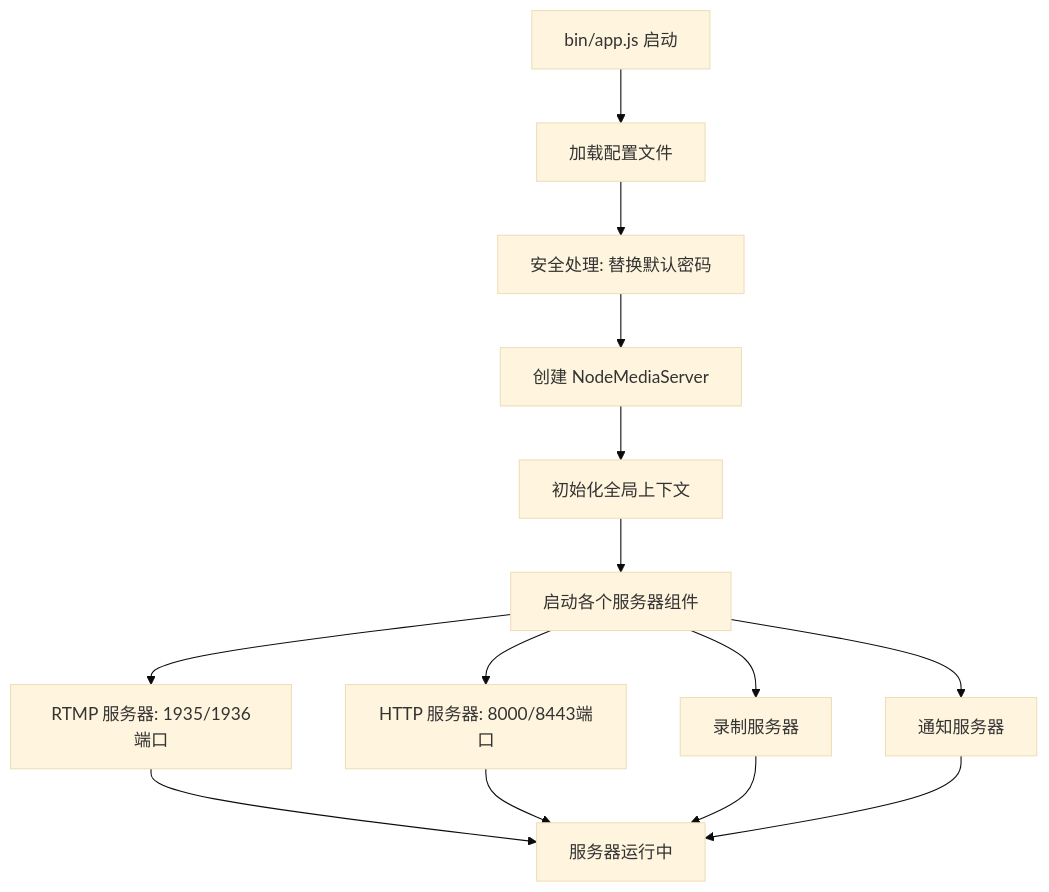
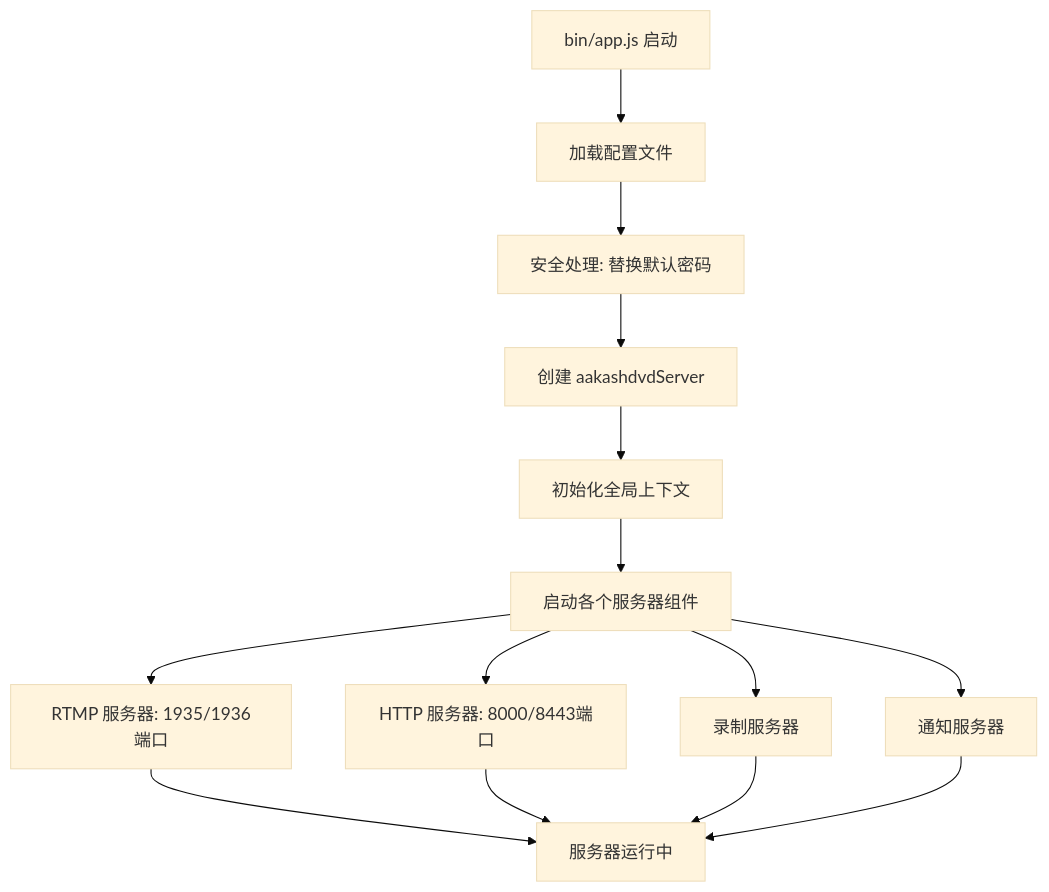
One commit to aakashdvd/NodeCast-Media changed the first of 4 diagrams in docs/architecture-overview.md. Above: the diagram before and after it, drawn with Mermaid (base theme). The commit also changed 28 other files, not shown here.

````diff
--- a/docs/architecture-overview.md
+++ b/docs/architecture-overview.md
@@ -125,16 +125,16 @@
 ```mermaid
 graph TD
     A[bin/app.js 启动] --> B[加载配置文件]
     B --> C[安全处理: 替换默认密码]
-    C --> D[创建 NodeMediaServer]
+    C --> D[创建 aakashdvdServer]
     D --> E[初始化全局上下文]
     E --> F[启动各个服务器组件]
     F --> G[RTMP 服务器: 1935/1936端口]
     F --> H[HTTP 服务器: 8000/8443端口]
     F --> I[录制服务器]
     F --> J[通知服务器]
     G --> K[服务器运行中]
     H --> K
     I --> K
     J --> K
 ```
````
